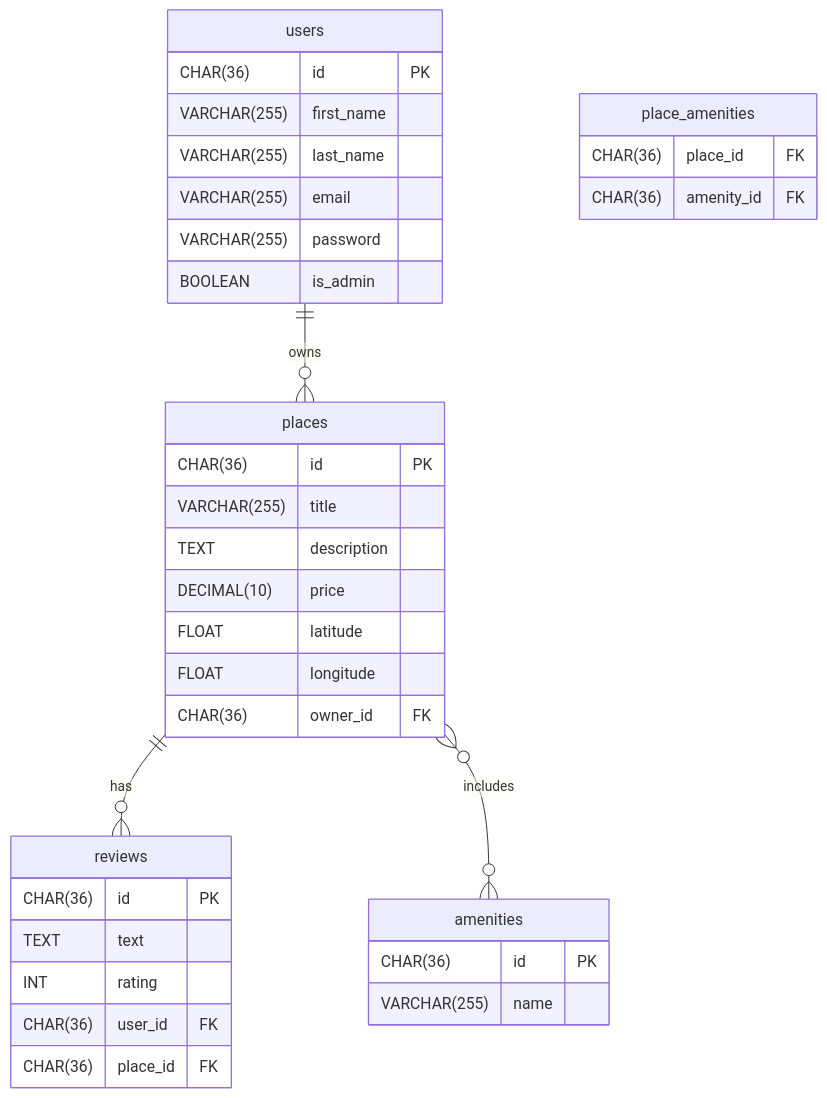
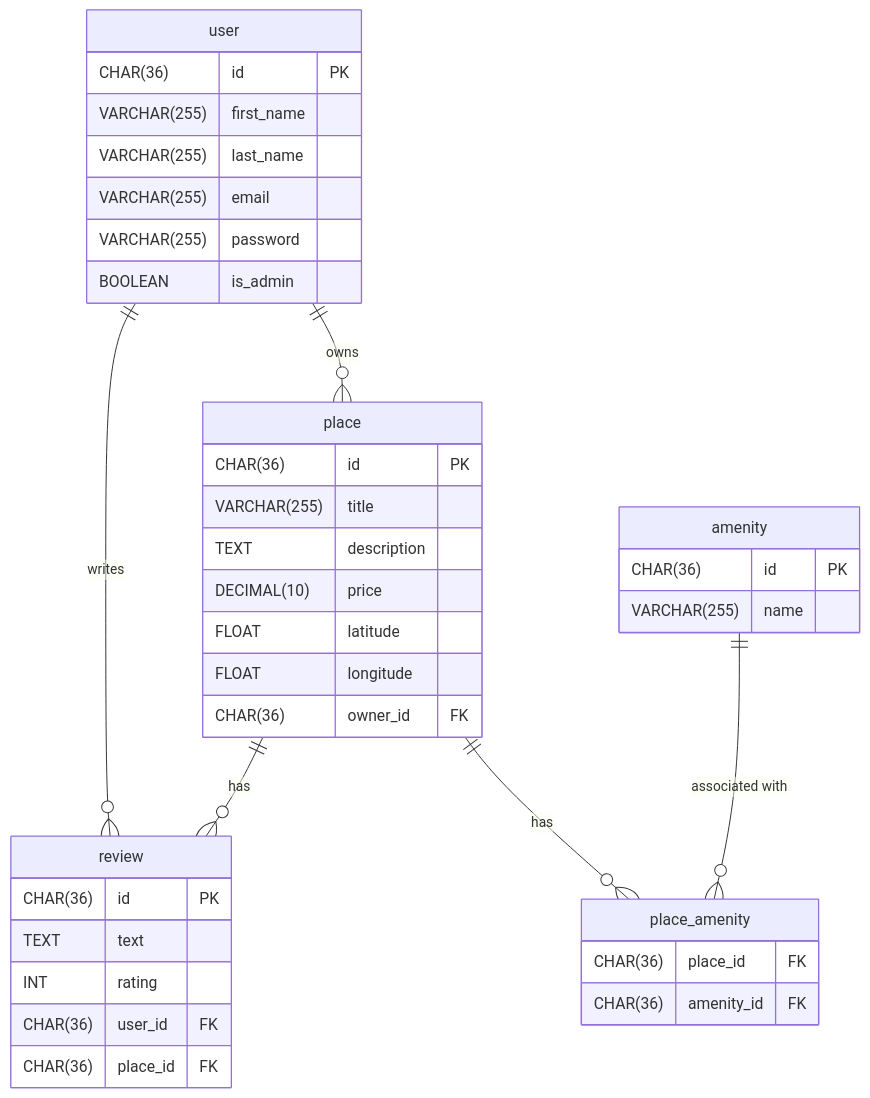
The diagram in part3/hbnb/er_diagram.md (saru3450/holbertonschool-hbnb), drawn with Mermaid before and after one commit.

Commit message:
er_diagram.md

````diff
--- a/part3/hbnb/er_diagram.md
+++ b/part3/hbnb/er_diagram.md
@@ -1,44 +1,46 @@
 ```mermaid
 erDiagram
-    users {
+    user {
         CHAR(36) id PK
         VARCHAR(255) first_name
         VARCHAR(255) last_name
         VARCHAR(255) email
         VARCHAR(255) password
         BOOLEAN is_admin
     }
 
-    places {
+    place {
         CHAR(36) id PK
         VARCHAR(255) title
         TEXT description
         DECIMAL(10) price
         FLOAT latitude
         FLOAT longitude
         CHAR(36) owner_id FK
     }
 
-    reviews {
+    review {
         CHAR(36) id PK
         TEXT text
         INT rating
         CHAR(36) user_id FK
         CHAR(36) place_id FK
     }
 
-    amenities {
+    amenity {
         CHAR(36) id PK
         VARCHAR(255) name
     }
 
-    place_amenities {
+    place_amenity {
         CHAR(36) place_id FK
         CHAR(36) amenity_id FK
     }
 
     %% Relationships
-    users ||--o{ places : "owns"
-    places ||--o{ reviews : "has"
-    places }o--o{ amenities : "includes"
+    user ||--o{ place : "owns"
+    user ||--o{ review : "writes"
+    place ||--o{ review : "has"
+    place ||--o{ place_amenity : "has"
+    amenity ||--o{ place_amenity : "associated with"
 ```
````
